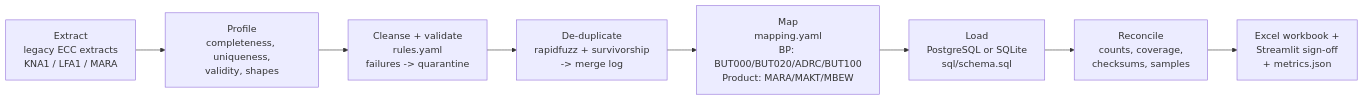
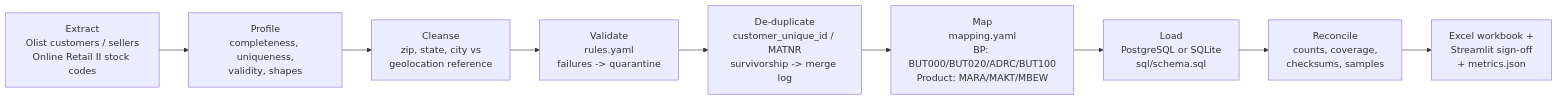
The diagram in README.md (immortalxmachine/migrateright), drawn with Mermaid before and after one commit. The commit also changed other lines of this file, not shown here.

````diff
--- a/README.md
+++ b/README.md
@@ -36,10 +48,11 @@
 ```mermaid
 flowchart LR
-    A[Extract<br/>legacy ECC extracts<br/>KNA1 / LFA1 / MARA] --> B[Profile<br/>completeness, uniqueness,<br/>validity, shapes]
-    B --> C[Cleanse + validate<br/>rules.yaml<br/>failures -> quarantine]
-    C --> D[De-duplicate<br/>rapidfuzz + survivorship<br/>-> merge log]
+    A[Extract<br/>Olist customers / sellers<br/>Online Retail II stock codes] --> B[Profile<br/>completeness, uniqueness,<br/>validity, shapes]
+    B --> C[Cleanse<br/>zip, state, city vs<br/>geolocation reference]
+    C --> V[Validate<br/>rules.yaml<br/>failures -> quarantine]
+    V --> D[De-duplicate<br/>customer_unique_id / MATNR<br/>survivorship -> merge log]
     D --> E[Map<br/>mapping.yaml<br/>BP: BUT000/BUT020/ADRC/BUT100<br/>Product: MARA/MAKT/MBEW]
     E --> F[Load<br/>PostgreSQL or SQLite<br/>sql/schema.sql]
     F --> G[Reconcile<br/>counts, coverage,<br/>checksums, samples]
     G --> H[Excel workbook +<br/>Streamlit sign-off<br/>+ metrics.json]
 ```
````
